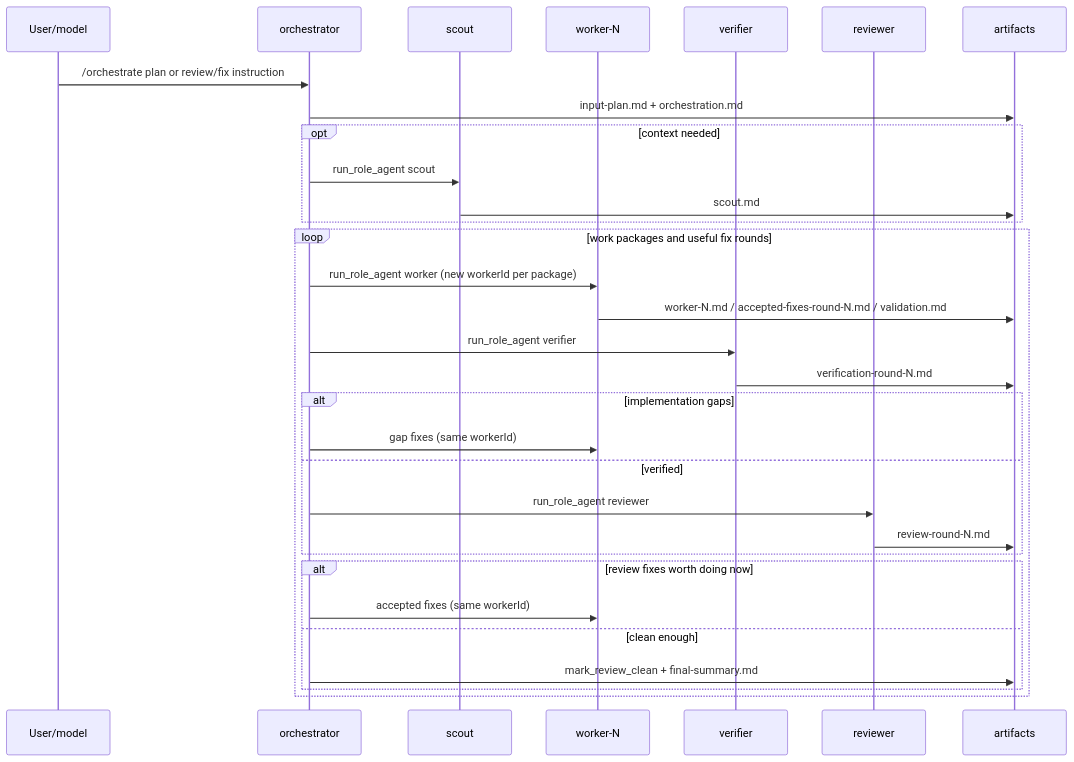
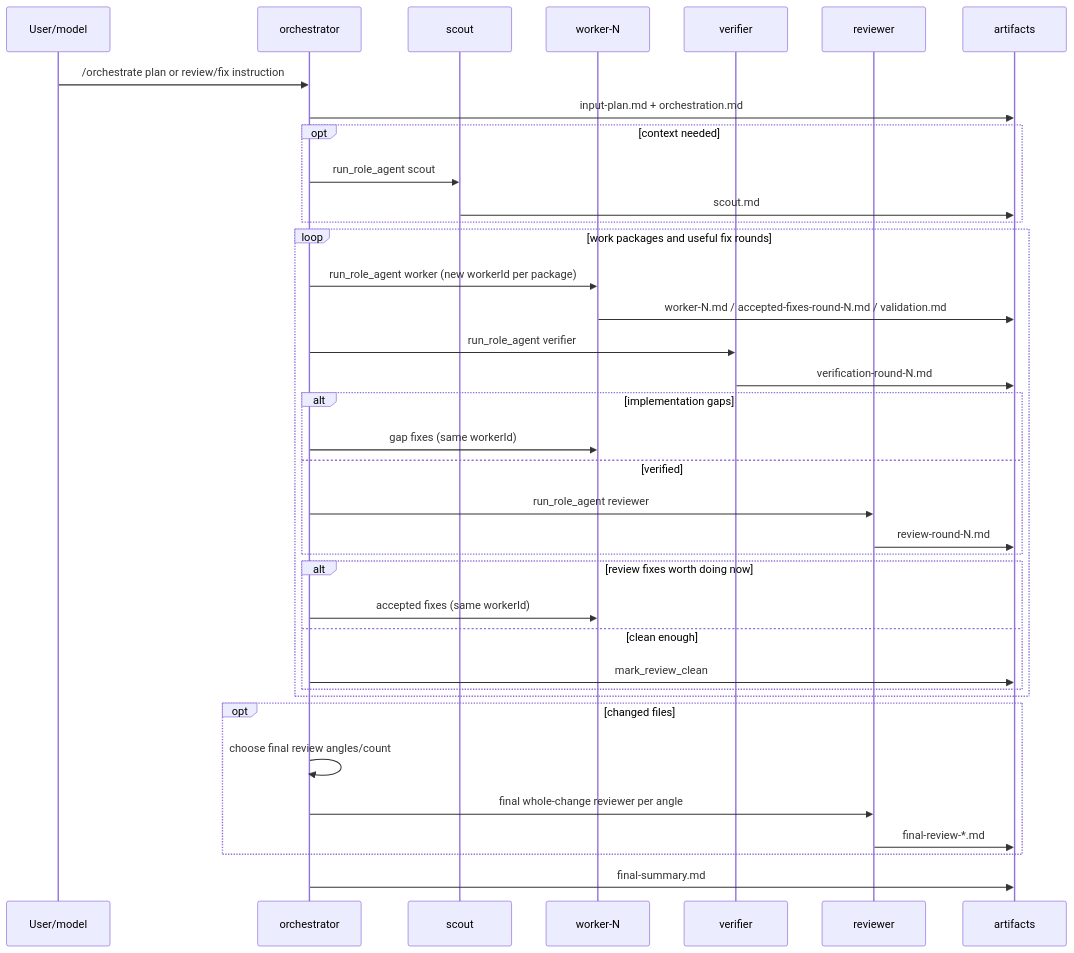
The third of 4 diagrams in README.md (SkipXS/pi-simple-subagents), drawn with Mermaid before and after one commit. The commit also changed other lines of this file and 5 other files, not shown here.

Commit message:
Add orchestrator final review guidance

````diff
--- a/README.md
+++ b/README.md
@@ -181,36 +181,43 @@
 ```mermaid
 sequenceDiagram
   participant U as User/model
   participant O as orchestrator
   participant S as scout
   participant W as worker-N
   participant V as verifier
   participant R as reviewer
   participant A as artifacts
 
   U->>O: /orchestrate plan or review/fix instruction
   O->>A: input-plan.md + orchestration.md
 
   opt context needed
     O->>S: run_role_agent scout
     S->>A: scout.md
   end
 
   loop work packages and useful fix rounds
     O->>W: run_role_agent worker (new workerId per package)
     W->>A: worker-N.md / accepted-fixes-round-N.md / validation.md
     O->>V: run_role_agent verifier
     V->>A: verification-round-N.md
     alt implementation gaps
       O->>W: gap fixes (same workerId)
     else verified
       O->>R: run_role_agent reviewer
       R->>A: review-round-N.md
     end
     alt review fixes worth doing now
       O->>W: accepted fixes (same workerId)
     else clean enough
-      O->>A: mark_review_clean + final-summary.md
+      O->>A: mark_review_clean
     end
   end
+
+  opt changed files
+    O->>O: choose final review angles/count
+    O->>R: final whole-change reviewer per angle
+    R->>A: final-review-*.md
+  end
+  O->>A: final-summary.md
 ```
````
